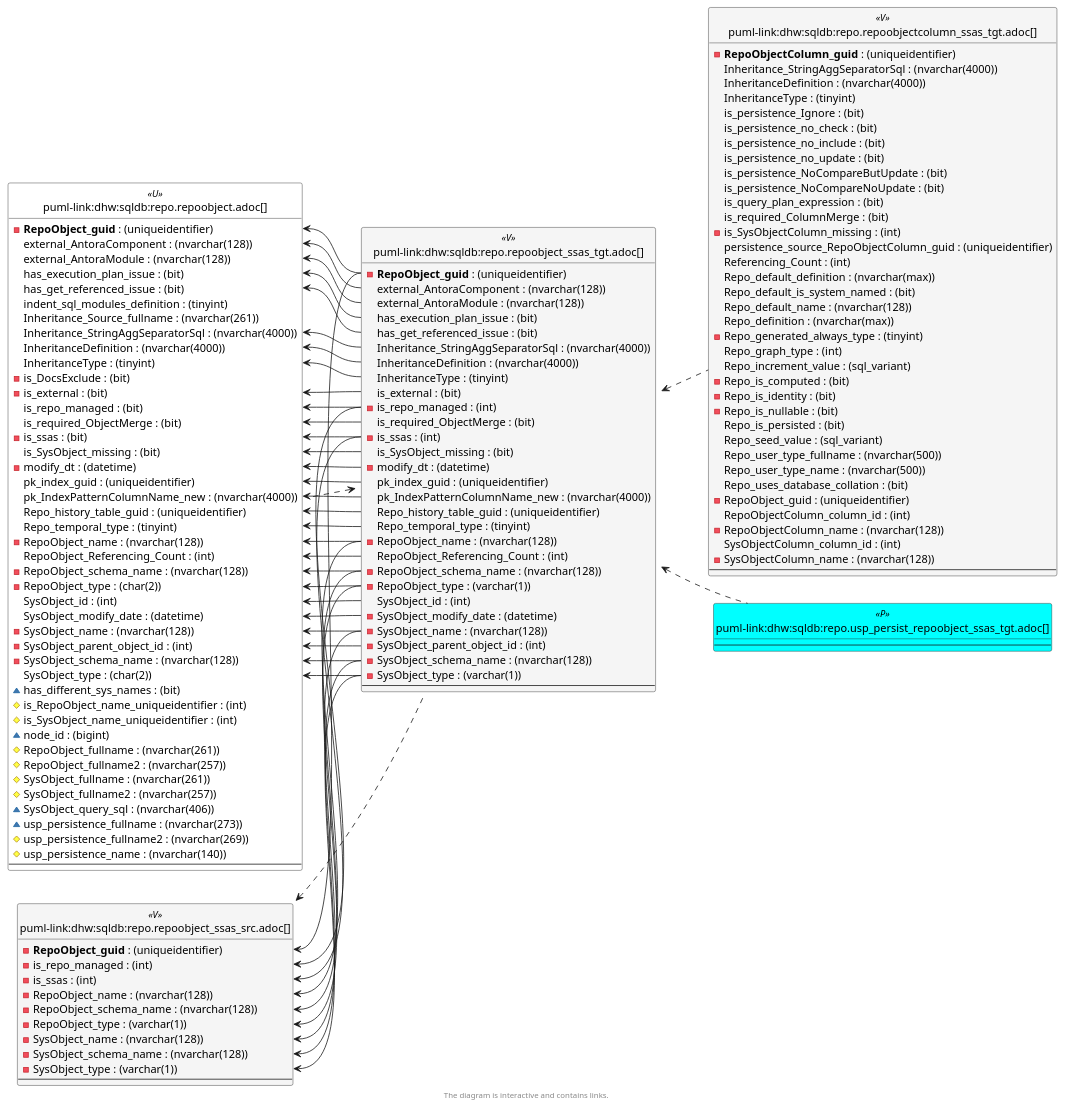
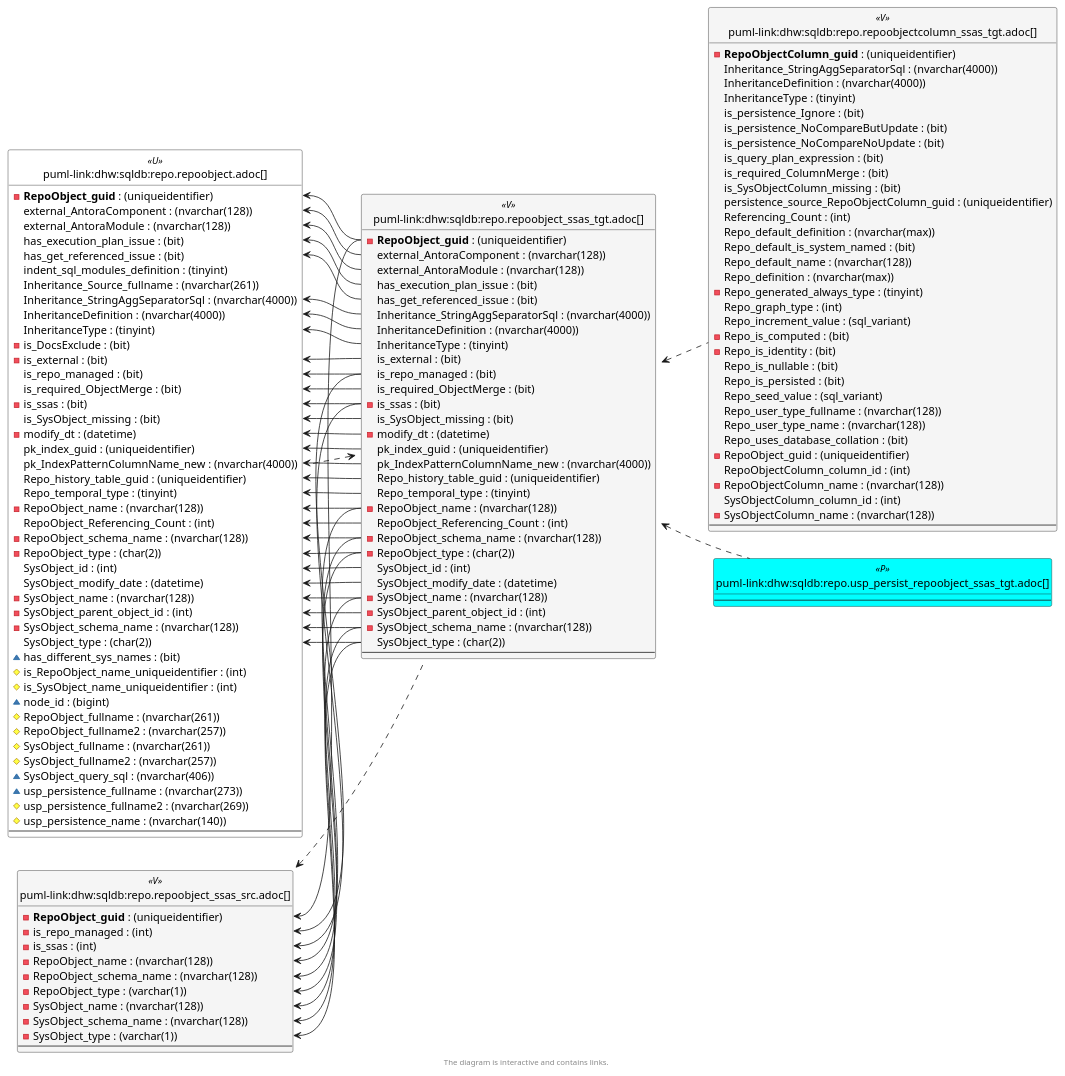
Before and after one commit to DataHandwerk/dhw-antora-sqldb: the sixth of 6 diagrams in docs/modules/sqldb/partials/content/repo.repoobject_ssas_tgt.adoc, drawn with PlantUML. The commit also changed other lines of this file and 641 other files, not shown here.

```diff
--- a/docs/modules/sqldb/partials/content/repo.repoobject_ssas_tgt.adoc
+++ b/docs/modules/sqldb/partials/content/repo.repoobject_ssas_tgt.adoc
@@ -3990,9 +3990,9 @@
   InheritanceDefinition : (nvarchar(4000))
   InheritanceType : (tinyint)
   is_external : (bit)
-  - is_repo_managed : (int)
+  is_repo_managed : (bit)
   is_required_ObjectMerge : (bit)
-  - is_ssas : (int)
+  - is_ssas : (bit)
   is_SysObject_missing : (bit)
   - modify_dt : (datetime)
   pk_index_guid : (uniqueidentifier)
@@ -4002,13 +4002,13 @@
   - RepoObject_name : (nvarchar(128))
   RepoObject_Referencing_Count : (int)
   - RepoObject_schema_name : (nvarchar(128))
-  - RepoObject_type : (varchar(1))
+  - RepoObject_type : (char(2))
   SysObject_id : (int)
-  - SysObject_modify_date : (datetime)
+  SysObject_modify_date : (datetime)
   - SysObject_name : (nvarchar(128))
   - SysObject_parent_object_id : (int)
   - SysObject_schema_name : (nvarchar(128))
-  - SysObject_type : (varchar(1))
+  SysObject_type : (char(2))
   --
 }
 
@@ -4018,14 +4018,11 @@
   InheritanceDefinition : (nvarchar(4000))
   InheritanceType : (tinyint)
   is_persistence_Ignore : (bit)
-  is_persistence_no_check : (bit)
-  is_persistence_no_include : (bit)
-  is_persistence_no_update : (bit)
   is_persistence_NoCompareButUpdate : (bit)
   is_persistence_NoCompareNoUpdate : (bit)
   is_query_plan_expression : (bit)
   is_required_ColumnMerge : (bit)
-  - is_SysObjectColumn_missing : (int)
+  is_SysObjectColumn_missing : (bit)
   persistence_source_RepoObjectColumn_guid : (uniqueidentifier)
   Referencing_Count : (int)
   Repo_default_definition : (nvarchar(max))
@@ -4037,11 +4034,11 @@
   Repo_increment_value : (sql_variant)
   - Repo_is_computed : (bit)
   - Repo_is_identity : (bit)
-  - Repo_is_nullable : (bit)
+  Repo_is_nullable : (bit)
   Repo_is_persisted : (bit)
   Repo_seed_value : (sql_variant)
-  Repo_user_type_fullname : (nvarchar(500))
-  Repo_user_type_name : (nvarchar(500))
+  Repo_user_type_fullname : (nvarchar(128))
+  Repo_user_type_name : (nvarchar(128))
   Repo_uses_database_collation : (bit)
   - RepoObject_guid : (uniqueidentifier)
   RepoObjectColumn_column_id : (int)
@@ -4056,9 +4053,9 @@
 }
 
 repo.RepoObject_SSAS_src <.. repo.RepoObject_SSAS_tgt
-repo.RepoObject_SSAS_tgt <.. repo.usp_PERSIST_RepoObject_SSAS_tgt
 repo.RepoObject_SSAS_tgt <.. repo.RepoObject
 repo.RepoObject_SSAS_tgt <.. repo.RepoObjectColumn_SSAS_tgt
+repo.RepoObject_SSAS_tgt <.. repo.usp_PERSIST_RepoObject_SSAS_tgt
 "repo.RepoObject::external_AntoraComponent" <-- "repo.RepoObject_SSAS_tgt::external_AntoraComponent"
 "repo.RepoObject::external_AntoraModule" <-- "repo.RepoObject_SSAS_tgt::external_AntoraModule"
 "repo.RepoObject::has_execution_plan_issue" <-- "repo.RepoObject_SSAS_tgt::has_execution_plan_issue"
```
